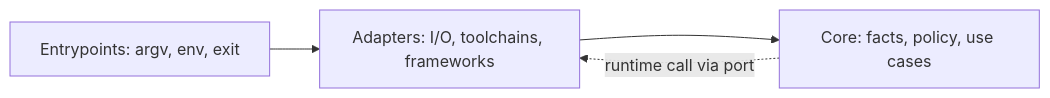
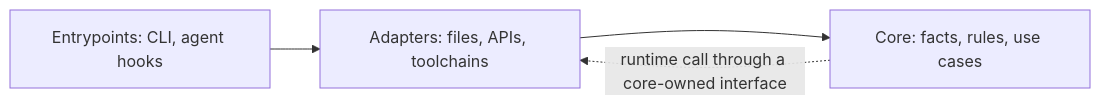
One commit to DustinEwan/lintel changed the first of 2 diagrams in README.md. Above: the diagram before and after it, drawn with Mermaid. The commit also changed other lines of this file, not shown here.

````diff
--- a/README.md
+++ b/README.md
@@ -9,6 +22,6 @@
 ```mermaid
 flowchart LR
-    E["Entrypoints: argv, env, exit"] --> A["Adapters: I/O, toolchains, frameworks"]
-    A --> C["Core: facts, policy, use cases"]
-    C -. runtime call via port .-> A
+    E["Entrypoints: CLI, agent hooks"] --> A["Adapters: files, APIs, toolchains"]
+    A --> C["Core: facts, rules, use cases"]
+    C -. runtime call through a core-owned interface .-> A
 ```
````
